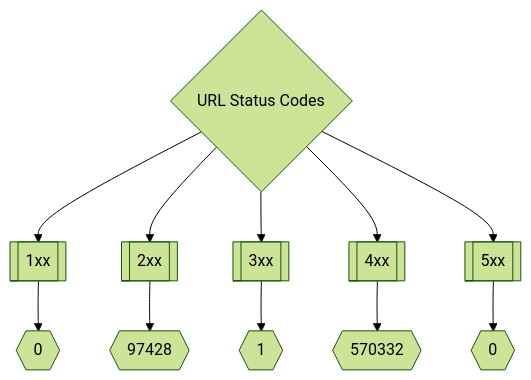
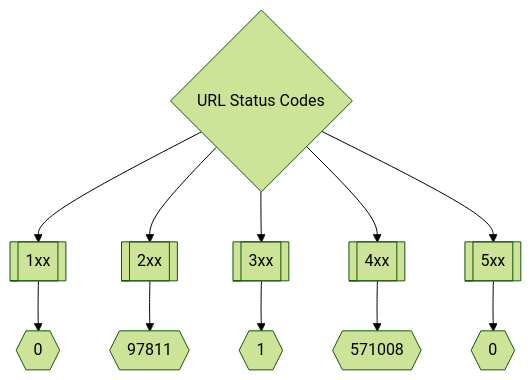
Before and after one commit to trickest/inventory: the second of 3 diagrams in README.md, drawn with Mermaid (forest theme). The commit also changed other lines of this file, not shown here.

Commit message:
Update README.md Tue Jul 19 21:15:32 UTC 2022

````diff
--- a/README.md
+++ b/README.md
@@ -175,8 +175,8 @@
 ```mermaid
 graph TD
 title{URL Status Codes} --> 1xx[[1xx]] --> status1xxNum{{0}}
-title --> 2xx[[2xx]] --> status2xxNum{{97428}}
+title --> 2xx[[2xx]] --> status2xxNum{{97811}}
 title --> 3xx[[3xx]] --> status3xxNum{{1}}
-title --> 4xx[[4xx]] --> status4xxNum{{570332}}
+title --> 4xx[[4xx]] --> status4xxNum{{571008}}
 title --> 5xx[[5xx]] --> status5xxNum{{0}}
 ```
````
